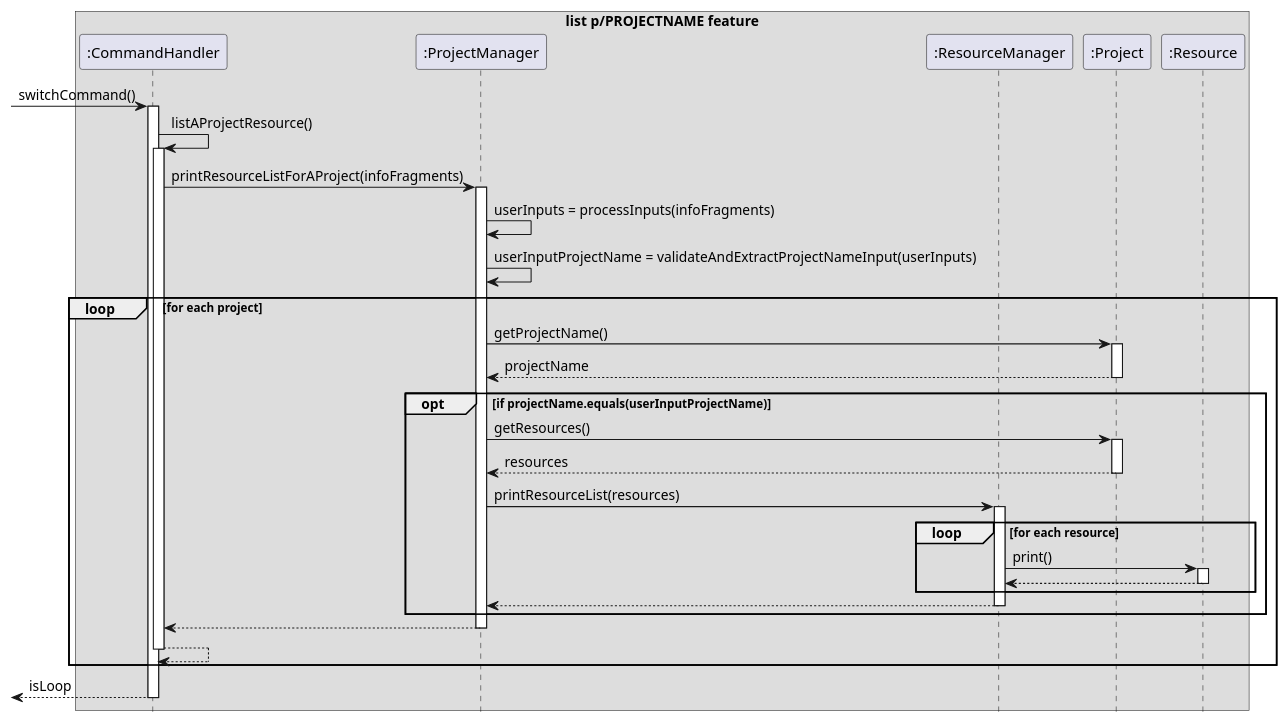
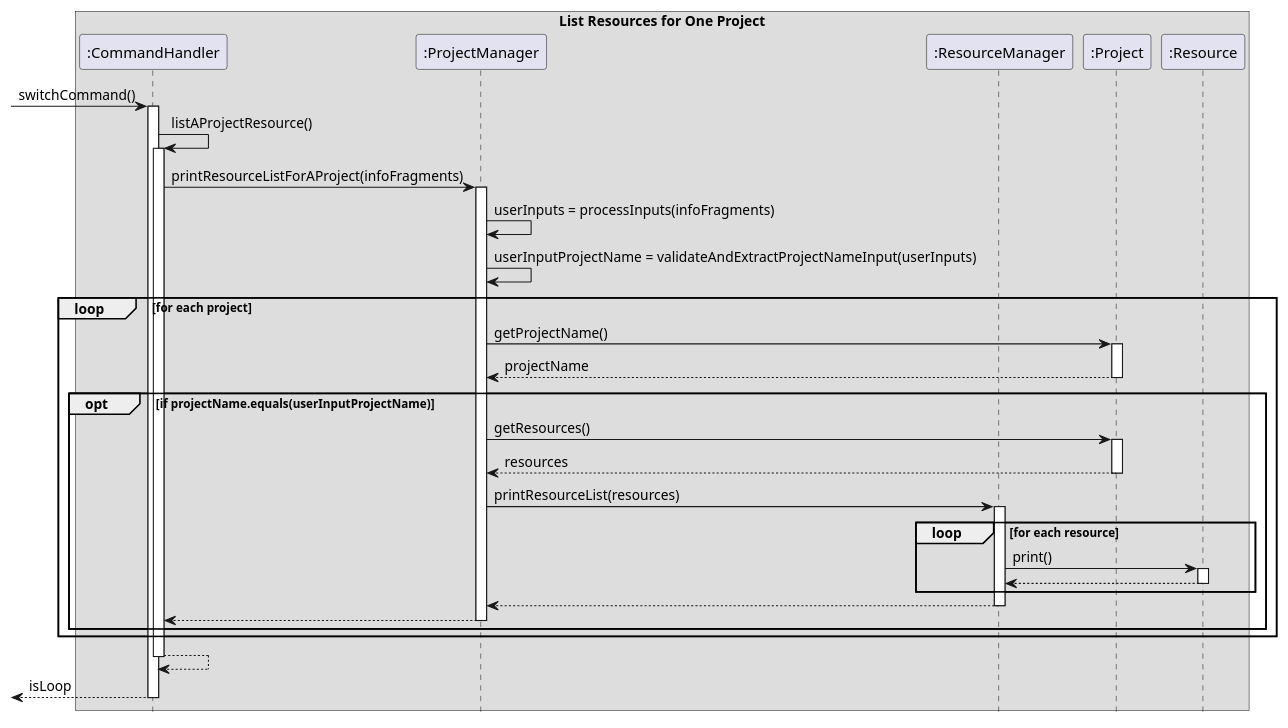
The diagram in docs/PlantUML/list projectnamefinal.puml (s-t-e-f/tp), drawn with PlantUML before and after one commit. The commit also changed 3 other files, not shown here.

Commit message:
Fix list sequence diagrams bugs

```diff
--- a/docs/PlantUML/list projectnamefinal.puml
+++ b/docs/PlantUML/list projectnamefinal.puml
@@ -1,48 +1,46 @@
 @startuml
 hide footbox
-box list p/PROJECTNAME feature
+box List Resources for One Project
 participant ":CommandHandler" as CH
 participant ":ProjectManager" as PM
 participant ":ResourceManager" as RM
 participant ":Project" as P
 participant ":Resource" as R
 
 
 [-> CH: switchCommand()
 activate CH
 
 CH -> CH: listAProjectResource()
 activate CH
 
 CH -> PM: printResourceListForAProject(infoFragments)
 activate PM
 
 PM -> PM: userInputs = processInputs(infoFragments)
 PM -> PM: userInputProjectName = validateAndExtractProjectNameInput(userInputs)
 
 loop for each project
     PM -> P: getProjectName()
     activate P
     return projectName
     opt if projectName.equals(userInputProjectName)
         PM -> P: getResources()
         activate P
         return resources
-
         PM -> RM: printResourceList(resources)
         activate RM
         loop for each resource
             RM -> R: print()
             activate R
             return
         end
-        return
-        end
 
         return
         return
-end
-
+        end
+        end
+        return
 return isLoop
 
 @enduml
```
